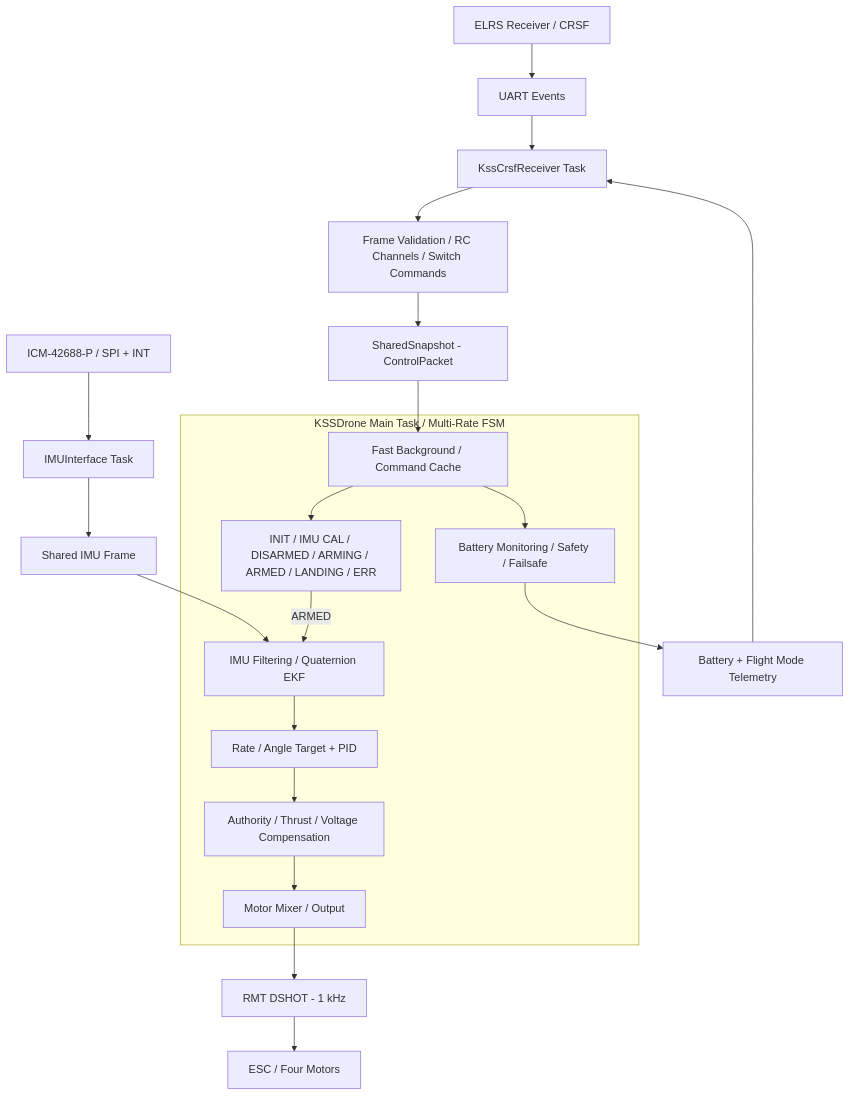
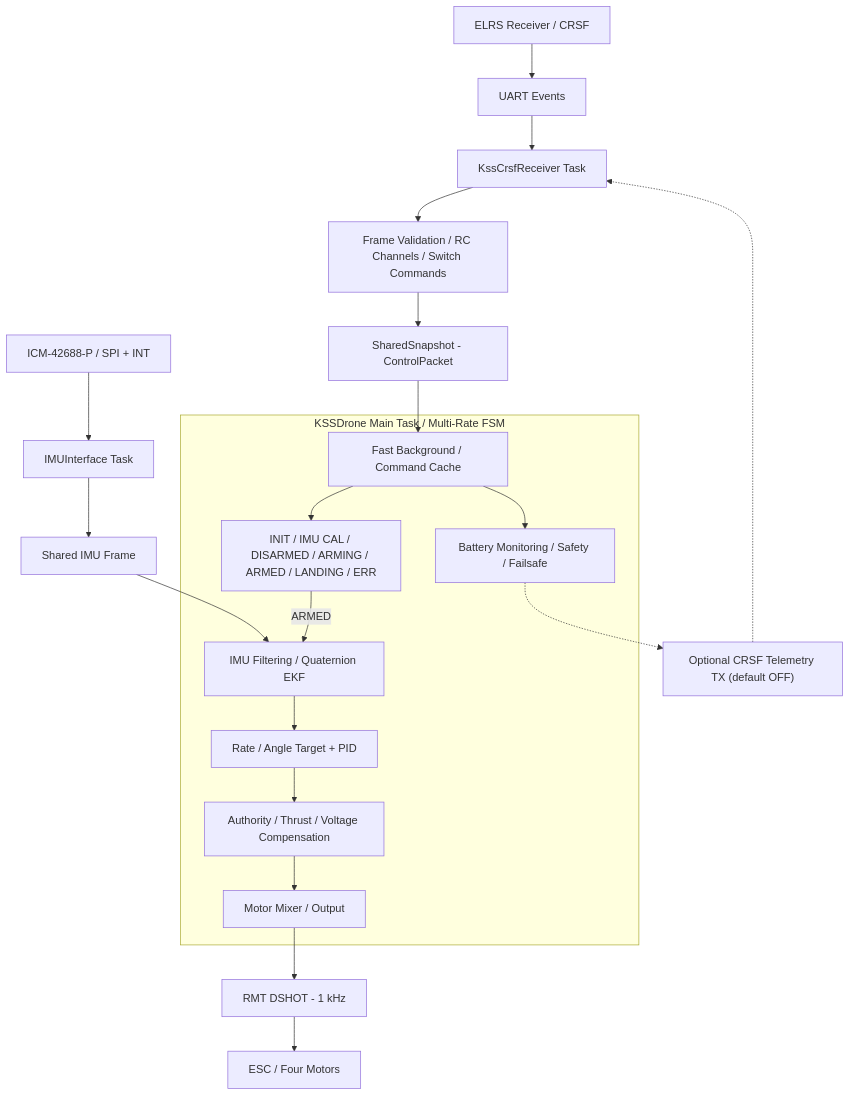
Before and after one commit to Nyamkani/kssdrone: the second of 2 diagrams in README.md, drawn with Mermaid. The commit also changed other lines of this file, not shown here.

Commit message:
docs: detail additive 2kHz scheduling, optional CRSF TX, battery failsafe and measured results

````diff
--- a/README.md
+++ b/README.md
@@ -315,22 +338,22 @@
 ```mermaid
 flowchart TD
     ELRS["ELRS Receiver / CRSF"] --> UART["UART Events"]
     UART --> RX["KssCrsfReceiver Task"]
     RX --> PARSE["Frame Validation / RC Channels / Switch Commands"]
     PARSE --> CMD["SharedSnapshot - ControlPacket"]
     IMU["ICM-42688-P / SPI + INT"] --> IMUTASK["IMUInterface Task"]
     IMUTASK --> IMUSNAP["Shared IMU Frame"]
     subgraph FC["KSSDrone Main Task / Multi-Rate FSM"]
         MAIN["Fast Background / Command Cache"] --> FSM["INIT / IMU CAL / DISARMED / ARMING / ARMED / LANDING / ERR"]
         FSM -->|ARMED| EST["IMU Filtering / Quaternion EKF"]
         EST --> CTRL["Rate / Angle Target + PID"]
         CTRL --> COMP["Authority / Thrust / Voltage Compensation"]
         COMP --> MIX["Motor Mixer / Output"]
         MAIN --> BAT["Battery Monitoring / Safety / Failsafe"]
     end
     CMD --> MAIN
     IMUSNAP --> EST
     MIX --> DSHOT["RMT DSHOT - 1 kHz"] --> ESC["ESC / Four Motors"]
-    BAT --> TEL["Battery + Flight Mode Telemetry"]
-    TEL --> RX
+    BAT -.-> TEL["Optional CRSF Telemetry TX (default OFF)"]
+    TEL -.-> RX
 ```
````
